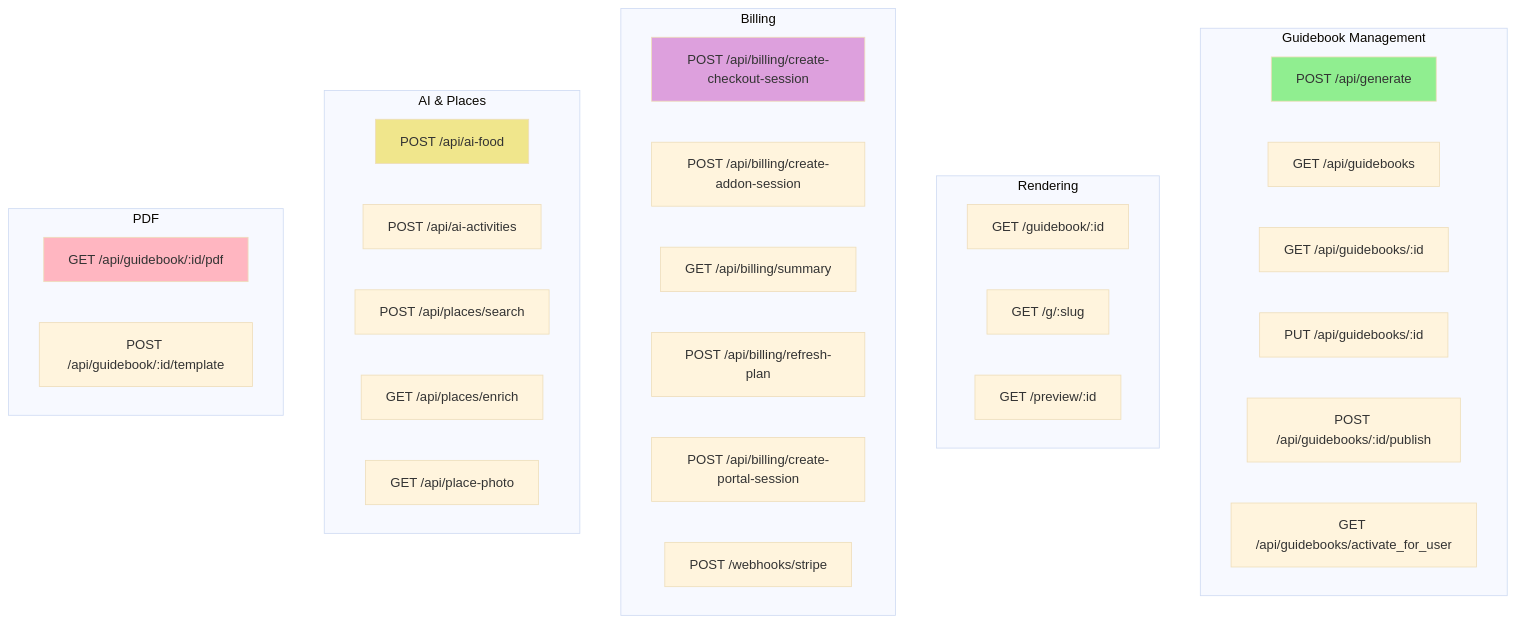
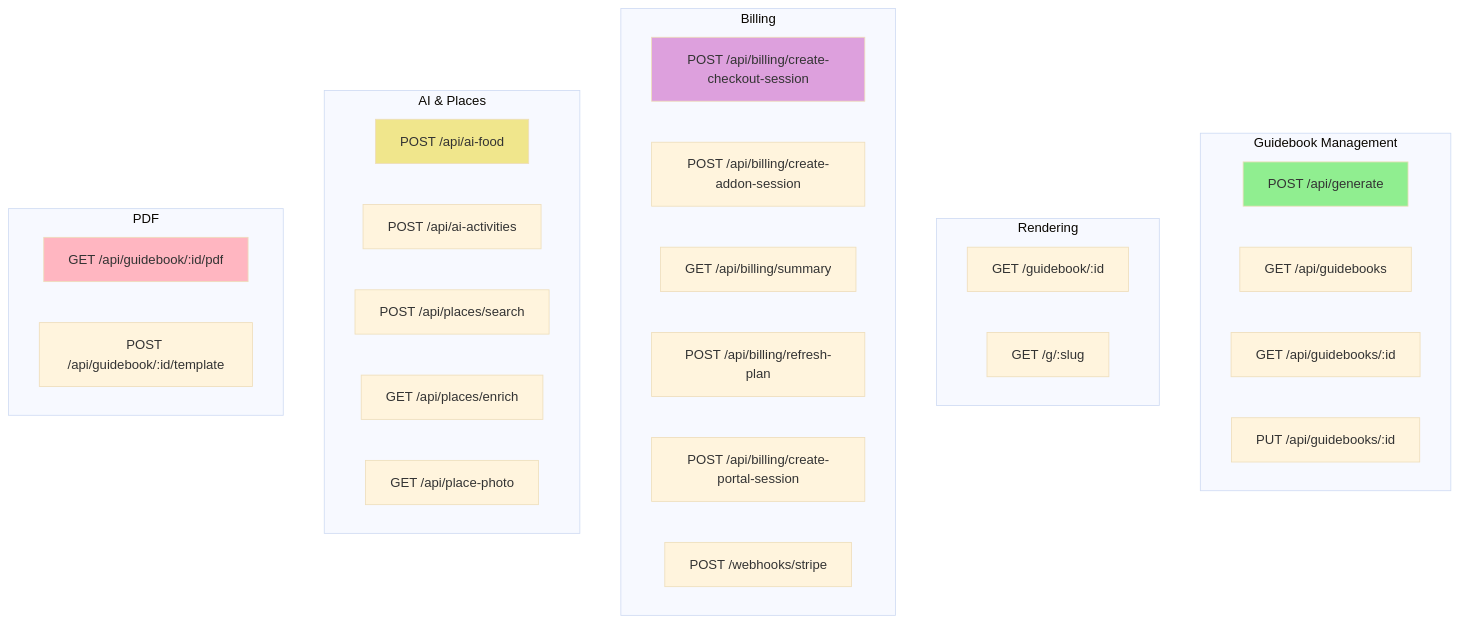
The ninth of 12 diagrams in ARCHITECTURE.md (hukahuka77/Guidewise), drawn with Mermaid (base theme) before and after one commit. The commit also changed other lines of this file and 100 other files, not shown here.

First line of the commit message:
Simplify publishing: every guidebook is live at creation (remove preview/activate/publish) (#69)

````diff
--- a/ARCHITECTURE.md
+++ b/ARCHITECTURE.md
@@ -372,44 +368,41 @@
 ```mermaid
 graph TB
     subgraph "Guidebook Management"
         POST_Generate[POST /api/generate]
         GET_List[GET /api/guidebooks]
         GET_Detail[GET /api/guidebooks/:id]
         PUT_Update[PUT /api/guidebooks/:id]
-        POST_Publish[POST /api/guidebooks/:id/publish]
-        GET_Activate[GET /api/guidebooks/activate_for_user]
     end
 
     subgraph "Rendering"
         GET_Direct[GET /guidebook/:id]
         GET_Slug[GET /g/:slug]
-        GET_Preview[GET /preview/:id]
     end
 
     subgraph "Billing"
         POST_Checkout[POST /api/billing/create-checkout-session]
         POST_Addon[POST /api/billing/create-addon-session]
         GET_Summary[GET /api/billing/summary]
         POST_Refresh[POST /api/billing/refresh-plan]
         POST_Portal[POST /api/billing/create-portal-session]
         POST_Webhook[POST /webhooks/stripe]
     end
 
     subgraph "AI & Places"
         POST_Food[POST /api/ai-food]
         POST_Activities[POST /api/ai-activities]
         POST_Search[POST /api/places/search]
         GET_Enrich[GET /api/places/enrich]
         GET_Photo[GET /api/place-photo]
     end
 
     subgraph "PDF"
         GET_PDF[GET /api/guidebook/:id/pdf]
         POST_Template[POST /api/guidebook/:id/template]
     end
 
     style POST_Generate fill:#90EE90
     style GET_PDF fill:#FFB6C1
     style POST_Checkout fill:#DDA0DD
     style POST_Food fill:#F0E68C
 ```
````
